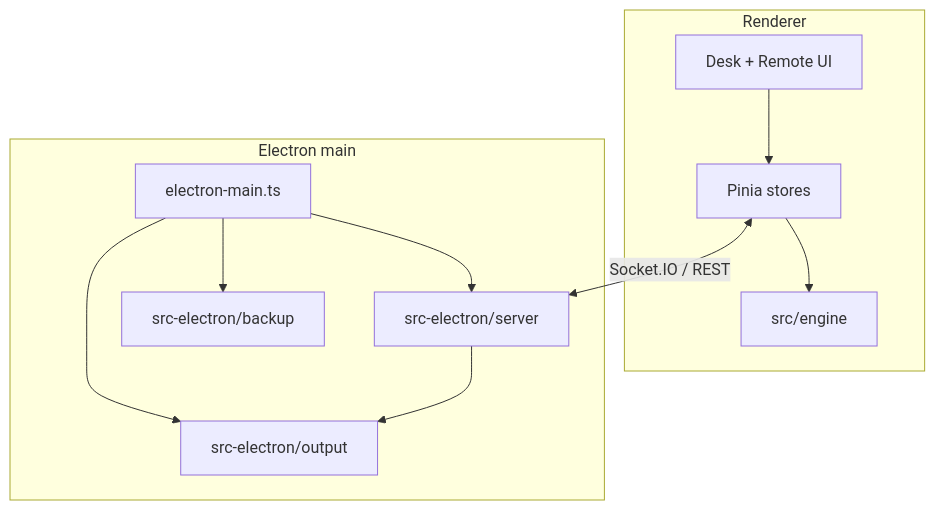
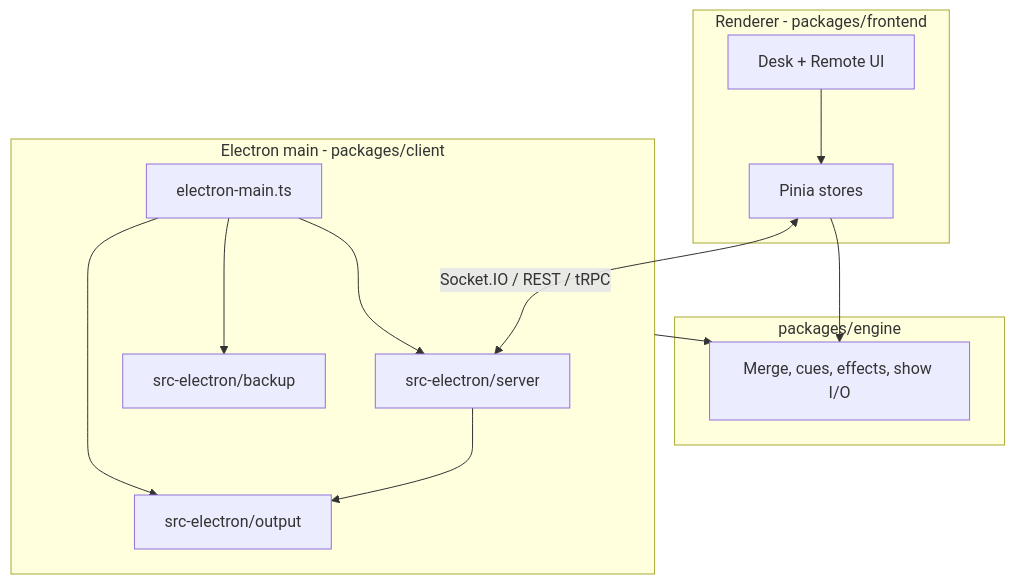
The diagram in docs/architecture.md (booploops/softdmx), drawn with Mermaid before and after one commit. The commit also changed other lines of this file and 15 other files, not shown here.

First line of the commit message:
docs: align docs with monorepo layout, Hono, Vitest, and schema 1.6

````diff
--- a/docs/architecture.md
+++ b/docs/architecture.md
@@ -7,23 +7,27 @@
 ```mermaid
 flowchart TB
-  subgraph renderer [Renderer]
+  subgraph renderer [Renderer - packages/frontend]
     UI[Desk + Remote UI]
     Stores[Pinia stores]
-    Engine[src/engine]
   end
 
-  subgraph electron [Electron main]
+  subgraph enginePkg [packages/engine]
+    Engine[Merge, cues, effects, show I/O]
+  end
+
+  subgraph electron [Electron main - packages/client]
     Main[electron-main.ts]
     Server[src-electron/server]
     Output[src-electron/output]
     Backup[src-electron/backup]
   end
 
   UI --> Stores
   Stores --> Engine
-  Stores <-->|Socket.IO / REST| Server
+  Stores <-->|Socket.IO / REST / tRPC| Server
   Server --> Output
   Main --> Server
   Main --> Output
   Main --> Backup
+  electron --> Engine
 ```
````
